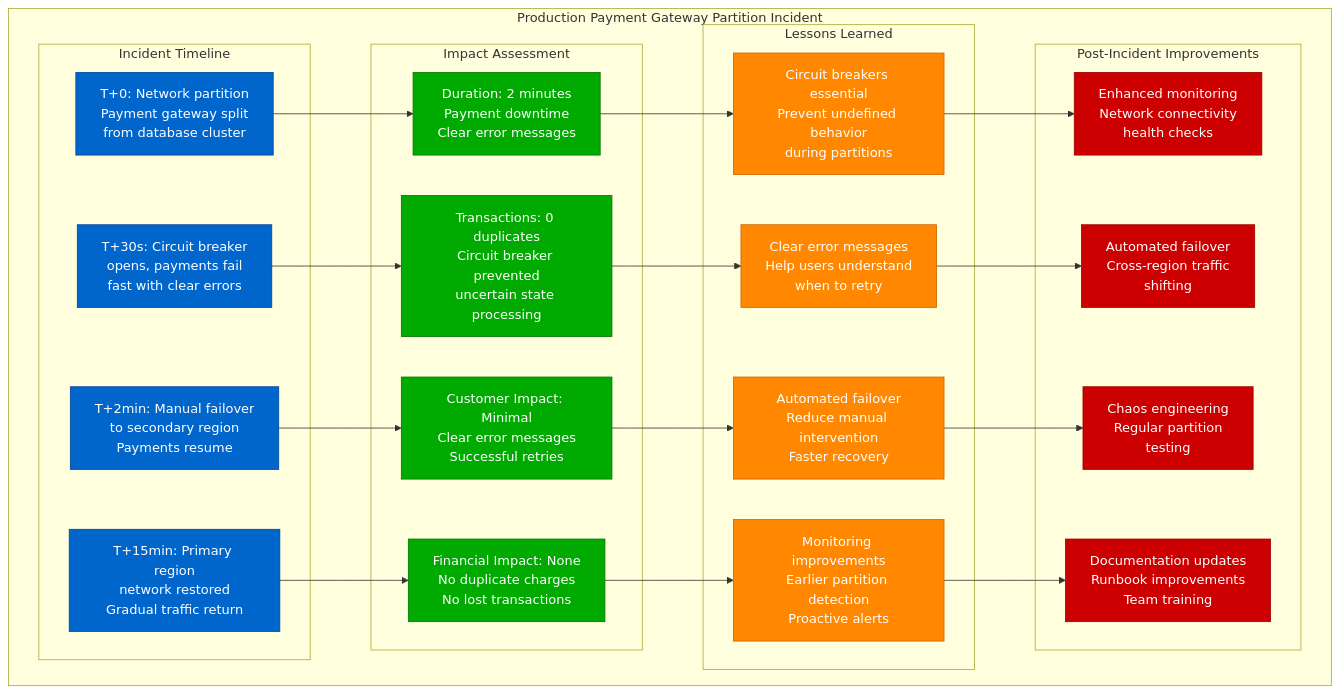
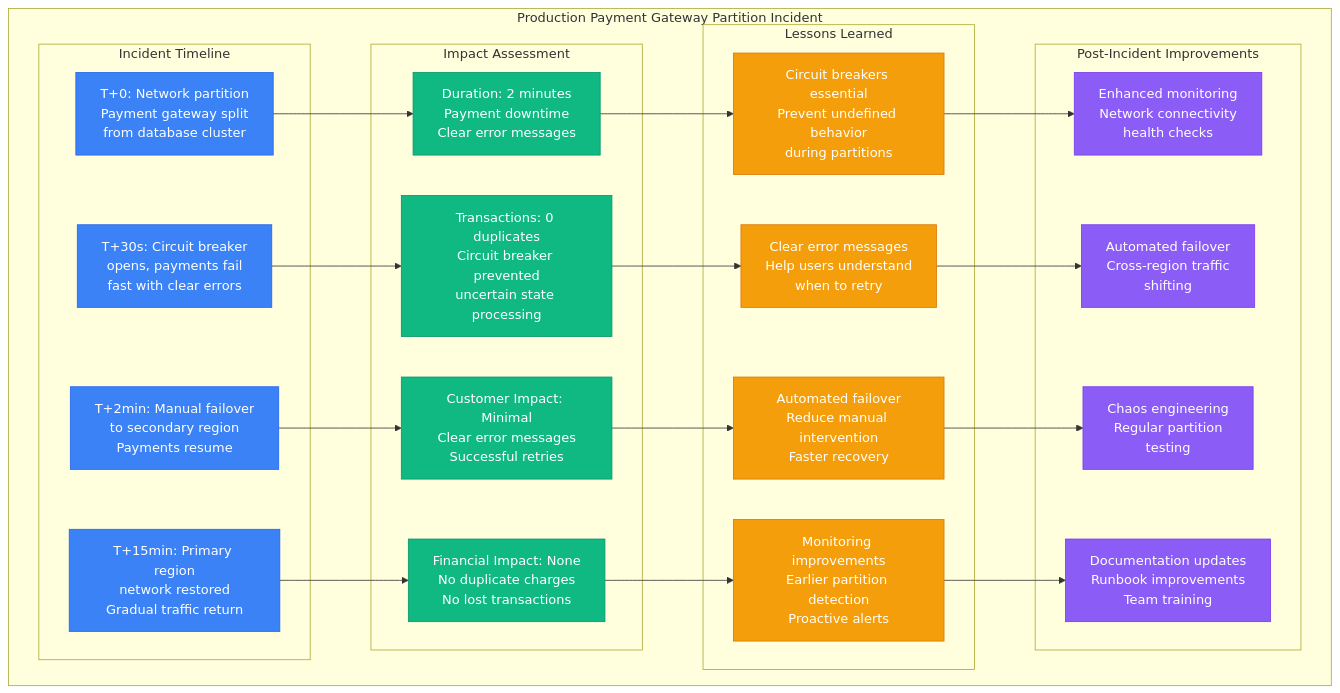
One commit to deepaucksharma/DS changed the eighth of 9 diagrams in site/docs/guarantees/exactly-once/exactly-once-failures.md. Above: the diagram before and after it, drawn with Mermaid. The commit also changed other lines of this file and 303 other files, not shown here.

````diff
--- a/site/docs/guarantees/exactly-once/exactly-once-failures.md
+++ b/site/docs/guarantees/exactly-once/exactly-once-failures.md
@@ -343,57 +343,57 @@
 ```mermaid
 graph TB
     subgraph ProductionIncident[Production Payment Gateway Partition Incident]
         subgraph IncidentTimeline[Incident Timeline]
             IT1[T+0: Network partition<br/>Payment gateway split<br/>from database cluster]
             IT2[T+30s: Circuit breaker<br/>opens, payments fail<br/>fast with clear errors]
             IT3[T+2min: Manual failover<br/>to secondary region<br/>Payments resume]
             IT4[T+15min: Primary region<br/>network restored<br/>Gradual traffic return]
         end
 
         subgraph ImpactAssessment[Impact Assessment]
             IA1[Duration: 2 minutes<br/>Payment downtime<br/>Clear error messages]
             IA2[Transactions: 0 duplicates<br/>Circuit breaker prevented<br/>uncertain state processing]
             IA3[Customer Impact: Minimal<br/>Clear error messages<br/>Successful retries]
             IA4[Financial Impact: None<br/>No duplicate charges<br/>No lost transactions]
         end
 
         subgraph LessonsLearned[Lessons Learned]
             LL1[Circuit breakers essential<br/>Prevent undefined behavior<br/>during partitions]
             LL2[Clear error messages<br/>Help users understand<br/>when to retry]
             LL3[Automated failover<br/>Reduce manual intervention<br/>Faster recovery]
             LL4[Monitoring improvements<br/>Earlier partition detection<br/>Proactive alerts]
         end
 
         subgraph Improvements[Post-Incident Improvements]
             PI1[Enhanced monitoring<br/>Network connectivity<br/>health checks]
             PI2[Automated failover<br/>Cross-region traffic<br/>shifting]
             PI3[Chaos engineering<br/>Regular partition<br/>testing]
             PI4[Documentation updates<br/>Runbook improvements<br/>Team training]
         end
     end
 
     IT1 --> IA1
     IT2 --> IA2
     IT3 --> IA3
     IT4 --> IA4
 
     IA1 --> LL1
     IA2 --> LL2
     IA3 --> LL3
     IA4 --> LL4
 
     LL1 --> PI1
     LL2 --> PI2
     LL3 --> PI3
     LL4 --> PI4
 
-    classDef timelineStyle fill:#0066CC,stroke:#004499,color:#fff
-    classDef impactStyle fill:#00AA00,stroke:#007700,color:#fff
-    classDef lessonsStyle fill:#FF8800,stroke:#CC6600,color:#fff
-    classDef improvementStyle fill:#CC0000,stroke:#990000,color:#fff
+    classDef timelineStyle fill:#3B82F6,stroke:#2563EB,color:#fff
+    classDef impactStyle fill:#10B981,stroke:#059669,color:#fff
+    classDef lessonsStyle fill:#F59E0B,stroke:#D97706,color:#fff
+    classDef improvementStyle fill:#8B5CF6,stroke:#7C3AED,color:#fff
 
     class IT1,IT2,IT3,IT4 timelineStyle
     class IA1,IA2,IA3,IA4 impactStyle
     class LL1,LL2,LL3,LL4 lessonsStyle
     class PI1,PI2,PI3,PI4 improvementStyle
 ```
````
